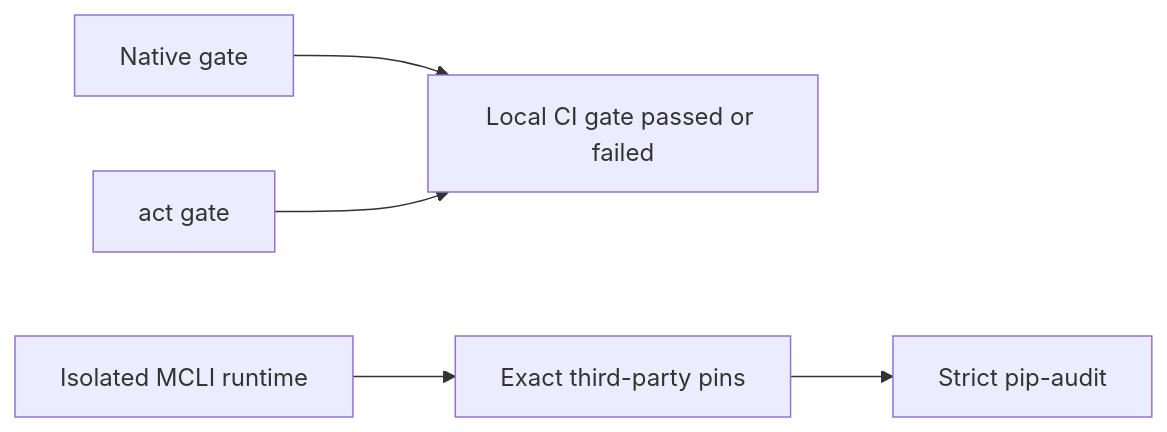
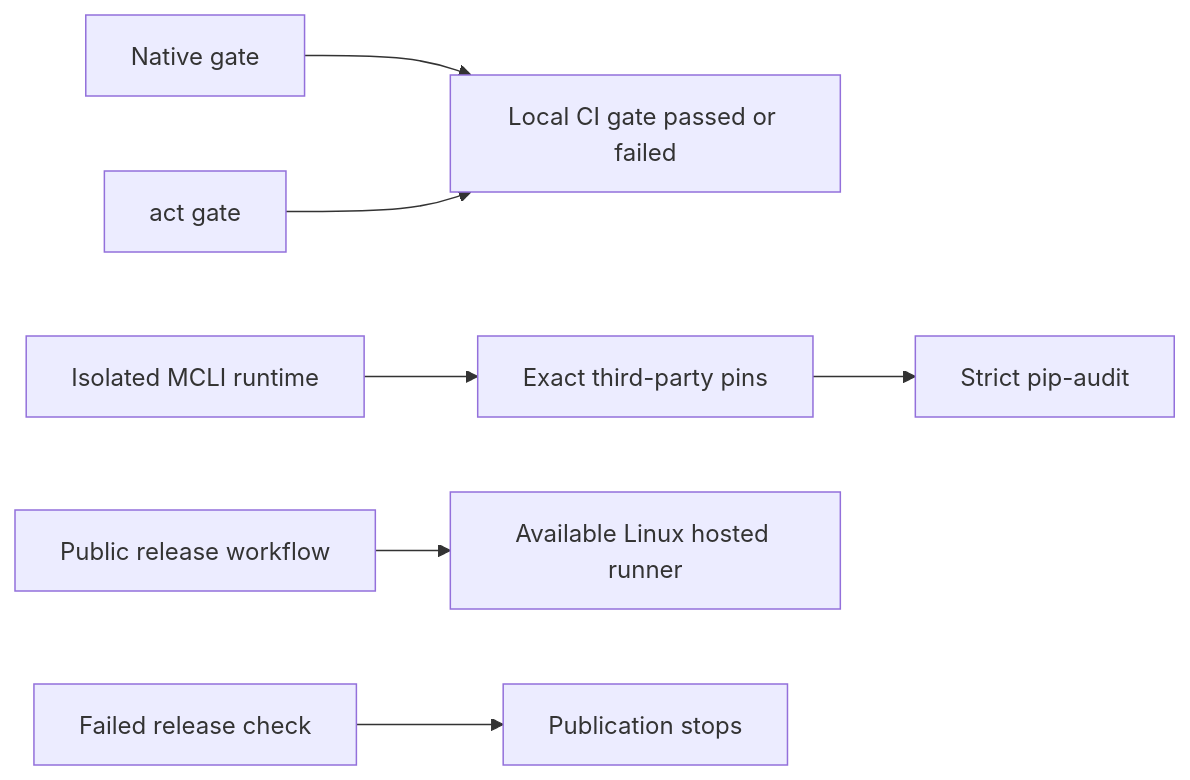
One commit to gwicho38/mcli changed the second of 2 diagrams in docs/releases/8.0.71.md. Above: the diagram before and after it, drawn with Mermaid. The commit also changed other lines of this file and 3 other files, not shown here.

Commit message:
fix: propagate publisher failures on available public runners (fixes #266)

````diff
--- a/docs/releases/8.0.71.md
+++ b/docs/releases/8.0.71.md
@@ -24,7 +31,9 @@
 ```mermaid
 flowchart LR
     Native[Native gate] --> Footer[Local CI gate passed or failed]
     Act[act gate] --> Footer
     Runtime[Isolated MCLI runtime] --> Pins[Exact third-party pins]
     Pins --> Audit[Strict pip-audit]
+    Release[Public release workflow] --> Runner[Available Linux hosted runner]
+    Failed[Failed release check] --> Stop[Publication stops]
 ```
````
